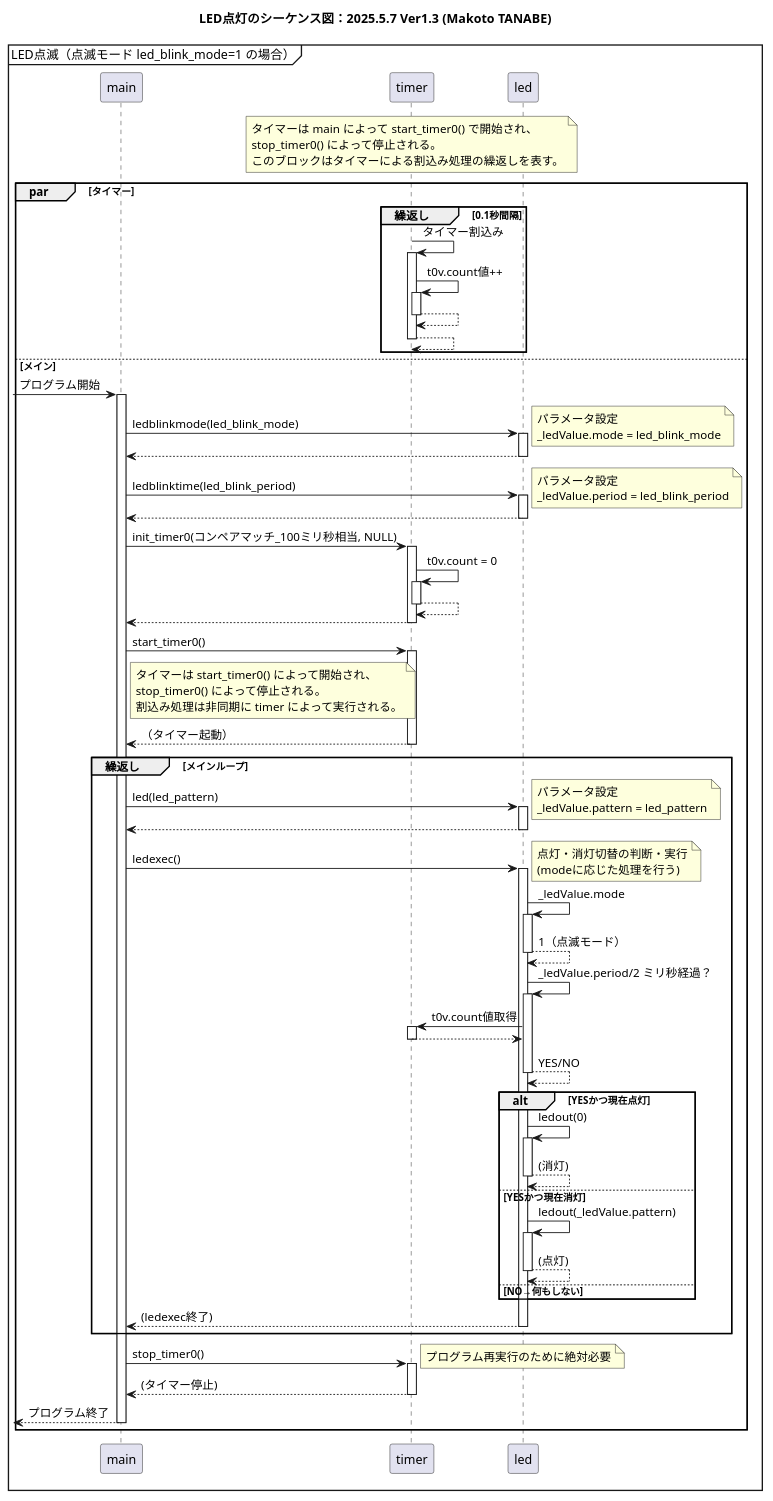
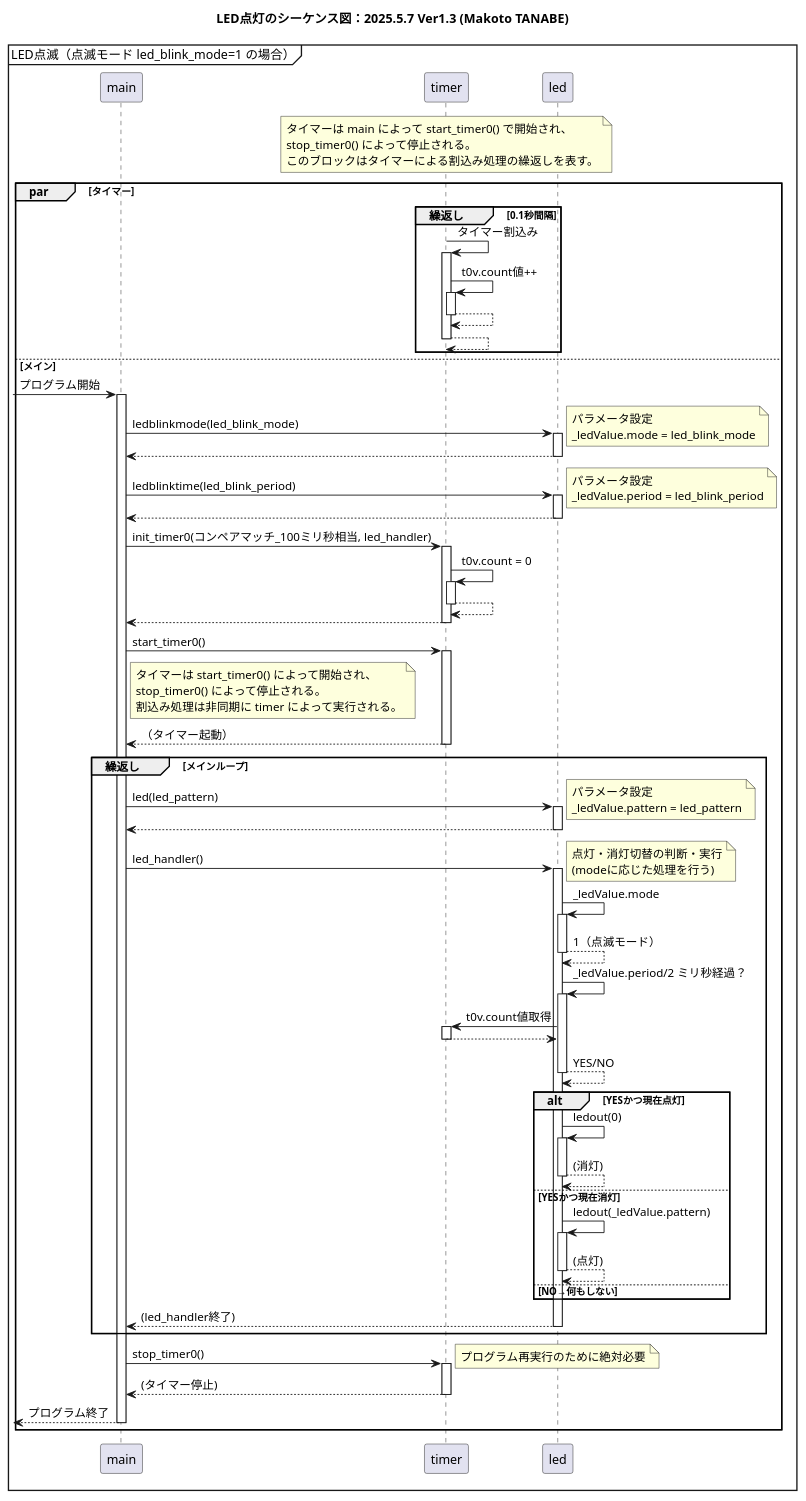
The diagram in SequenceDiagram/sequenceV2.pu (rebuildup/GRI-2nd), drawn with PlantUML before and after one commit. The commit also changed 4 other files, not shown here.

Commit message:
LED制御をタイマー割り込みで実行するように変更し、ledexec()を削除。init_timer0()にled_handlerを指定。

```diff
--- a/SequenceDiagram/sequenceV2.pu
+++ b/SequenceDiagram/sequenceV2.pu
@@ -1,82 +1,82 @@
 @startuml
 autoactivate on
 
 title LED点灯のシーケンス図：2025.5.7 Ver1.3 (Makoto TANABE)
 mainframe LED点滅（点滅モード led_blink_mode=1 の場合）
 
 participant main
 participant timer
 participant led
 
 note over timer
   タイマーは main によって start_timer0() で開始され、
   stop_timer0() によって停止される。
   このブロックはタイマーによる割込み処理の繰返しを表す。
 end note
 
 par タイマー
 group 繰返し [0.1秒間隔]
    timer -> timer : タイマー割込み
         timer -> timer : t0v.count値++
         return
     return
 end
 
 else メイン
 [-> main : プログラム開始
 
 main -> led : ledblinkmode(led_blink_mode)
 note right: パラメータ設定\n_ledValue.mode = led_blink_mode
 return
 
 main -> led : ledblinktime(led_blink_period)
 note right: パラメータ設定\n_ledValue.period = led_blink_period
 return
 
-main -> timer : init_timer0(コンペアマッチ_100ミリ秒相当, NULL)
+main -> timer : init_timer0(コンペアマッチ_100ミリ秒相当, led_handler)
     timer -> timer : t0v.count = 0
     return
 return
 
 main -> timer : start_timer0()
 note right of main
   タイマーは start_timer0() によって開始され、
   stop_timer0() によって停止される。
   割込み処理は非同期に timer によって実行される。
 end note
 return （タイマー起動）
 
 group 繰返し [メインループ]
 
  main -> led : led(led_pattern)
     note right: パラメータ設定\n_ledValue.pattern = led_pattern
     return
 
-    main -> led : ledexec()
+    main -> led : led_handler()
     note right: 点灯・消灯切替の判断・実行\n(modeに応じた処理を行う)
        led -> led : _ledValue.mode
  
        return 1（点滅モード）
        led -> led : _ledValue.period/2 ミリ秒経過？
          led -> timer : t0v.count値取得
          return
        return YES/NO
        alt YESかつ現在点灯
             led -> led: ledout(0)
             return (消灯)
        else YESかつ現在消灯
             led -> led: ledout(_ledValue.pattern)
             return (点灯)
        else NO→何もしない
             
        end
-    return (ledexec終了)
+    return (led_handler終了)
 end
 
 main -> timer : stop_timer0()
 note right: プログラム再実行のために絶対必要
 return (タイマー停止)
 return プログラム終了
 
 end 
 @enduml
```
